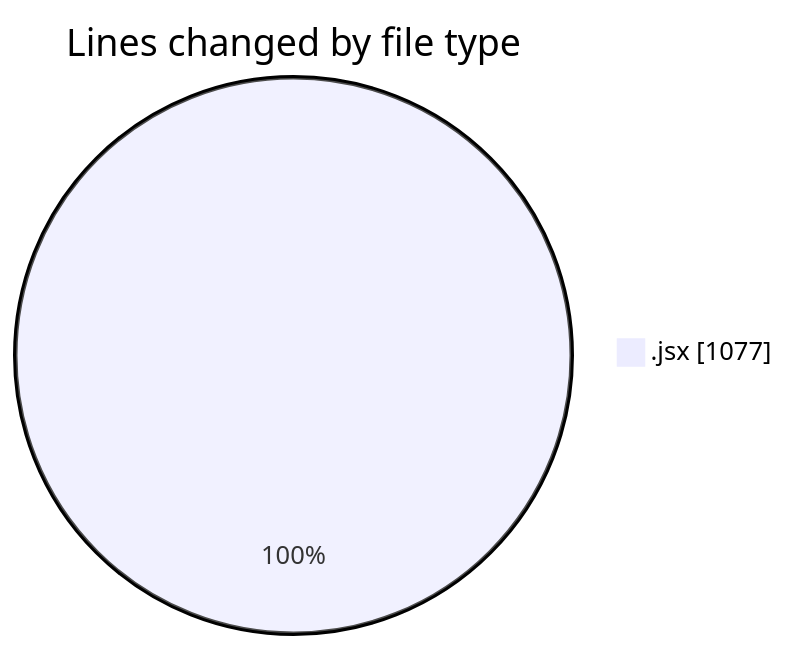
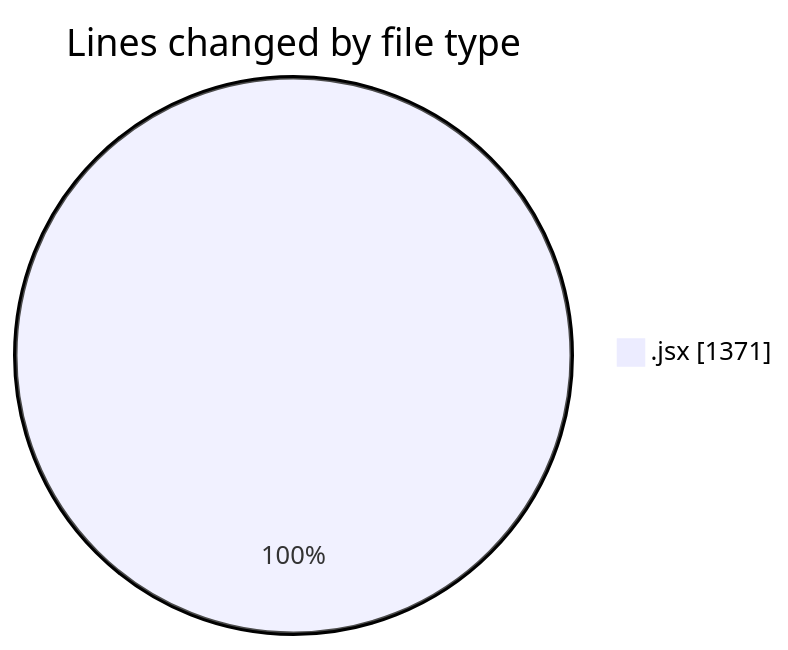
The first of 2 diagrams in 2025-05-13/argos-dev/README.md (nxtqubesakshisongat/code-tracking), drawn with Mermaid before and after one commit. The commit also changed other lines of this file and 1 other file, not shown here.

````diff
--- a/2025-05-13/argos-dev/README.md
+++ b/2025-05-13/argos-dev/README.md
@@ -22,5 +22,5 @@
 ```mermaid
 pie showData
 title Lines changed by file type
-".jsx" : 1077
+".jsx" : 1371
 ```
````
